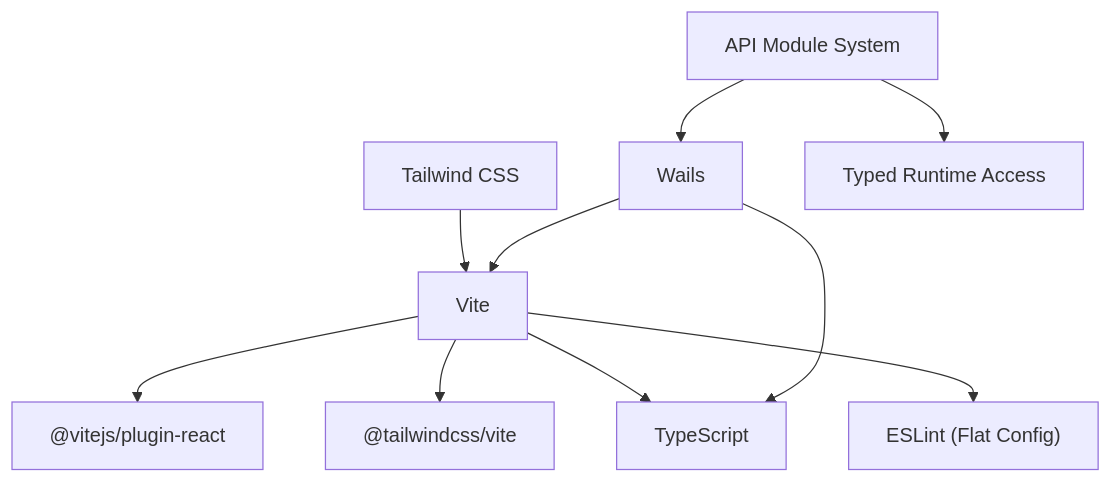
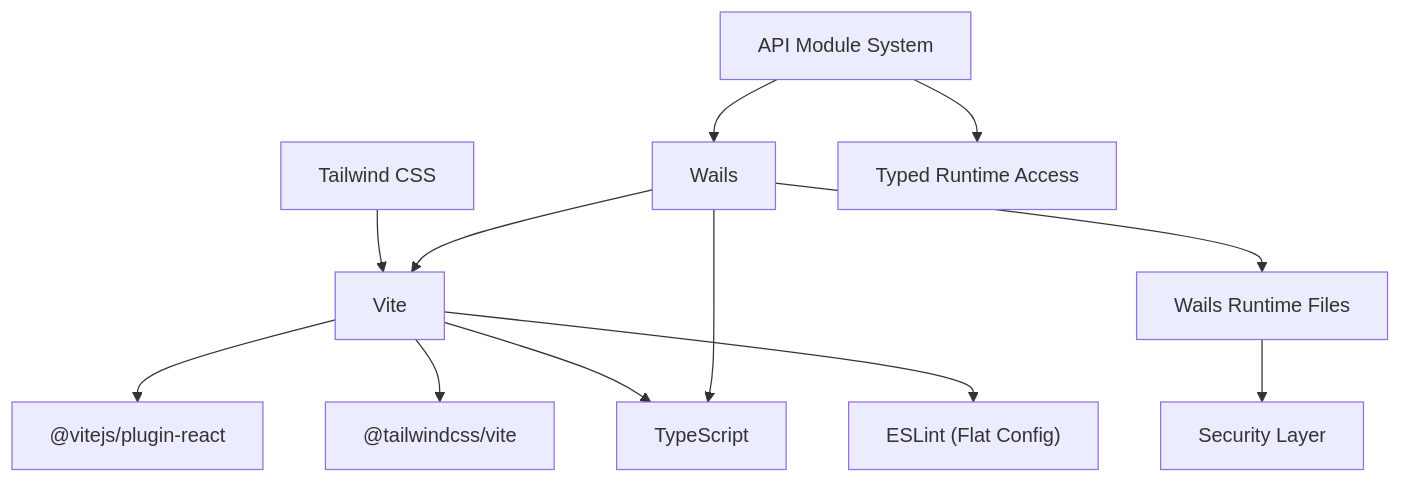
Diagram 11 of 11 in .qoder/repowiki/en/content/Frontend Application/Build System.md (v0lka/c0wrk), drawn with Mermaid before and after one commit. The commit also changed other lines of this file and 1 other file, not shown here.

````diff
--- a/.qoder/repowiki/en/content/Frontend Application/Build System.md
+++ b/.qoder/repowiki/en/content/Frontend Application/Build System.md
@@ -507,20 +527,24 @@
 ```mermaid
 graph TB
 Vite["Vite"]
 React["@vitejs/plugin-react"]
 Tailwind["@tailwindcss/vite"]
 TS["TypeScript"]
 ESL["ESLint (Flat Config)"]
 TW["Tailwind CSS"]
 Wails["Wails"]
 API["API Module System"]
+WailsRuntime["Wails Runtime Files"]
+Security["Security Layer"]
 Vite --> React
 Vite --> Tailwind
 Vite --> TS
 Vite --> ESL
 TW --> Vite
 Wails --> Vite
 Wails --> TS
+Wails --> WailsRuntime
+WailsRuntime --> Security
 API --> Wails
 API --> Runtime["Typed Runtime Access"]
 ```
````
